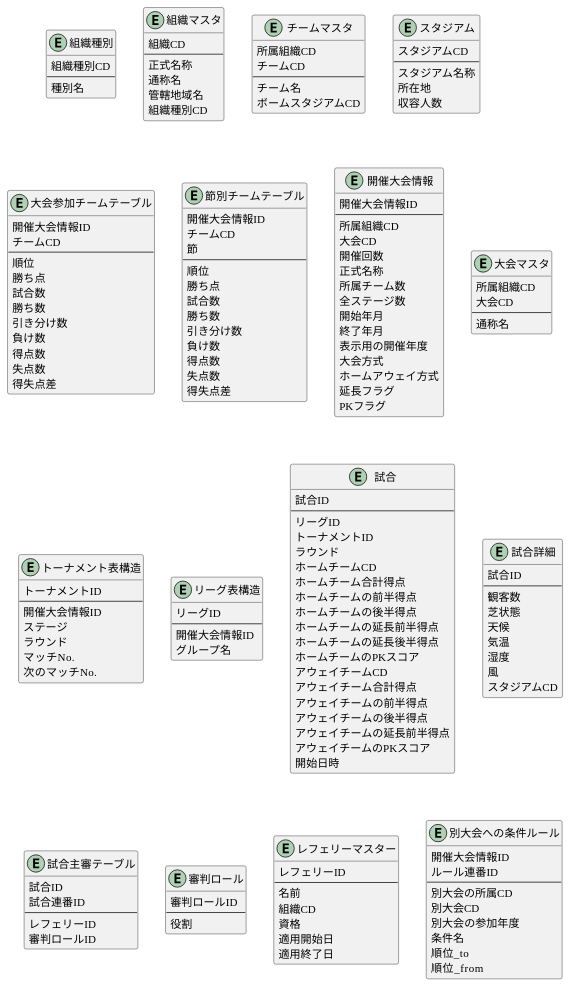
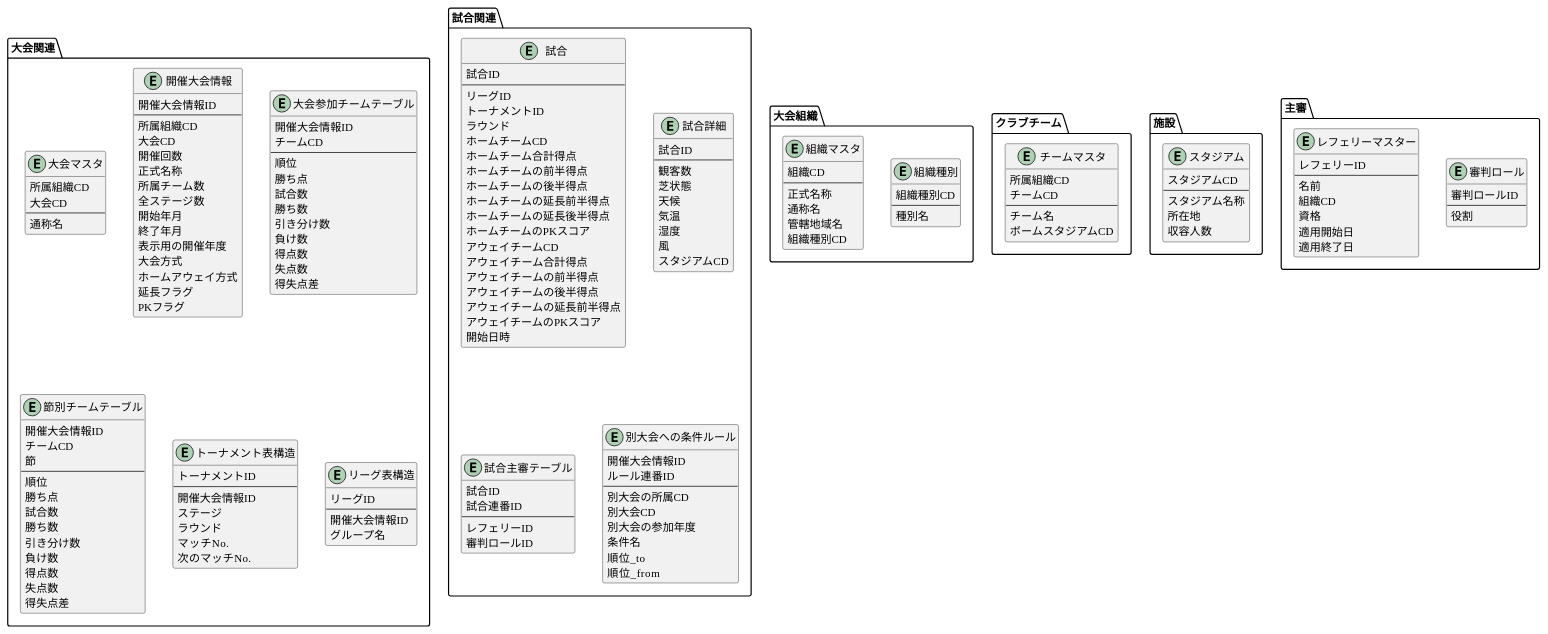
The diagram in soccker_db.puml (LCC-SYamada/SocckerDB_PlantUML), drawn with PlantUML before and after one commit.

Commit message:
Package化して見えやすくする

```diff
--- a/soccker_db.puml
+++ b/soccker_db.puml
@@ -1,178 +1,188 @@
 @startuml
 
-Entity "組織種別" as OrganizationType {
-  組織種別CD
-  --
-  種別名
+package "大会組織" {
+  Entity "組織種別" as OrganizationType {
+    組織種別CD
+    --
+    種別名
+  }
+
+  Entity "組織マスタ" as Organization {
+    組織CD
+    --
+    正式名称
+    通称名
+    管轄地域名
+    組織種別CD
+  }
 }
 
-Entity "組織マスタ" as Organization {
-  組織CD
-  --
-  正式名称
-  通称名
-  管轄地域名
-  組織種別CD
+Package "クラブチーム" {
+  Entity "チームマスタ" as Team {
+    所属組織CD
+    チームCD
+    --
+    チーム名
+    ボームスタジアムCD
+  }
 }
 
-Entity "チームマスタ" as Team {
-  所属組織CD
-  チームCD
-  --
-  チーム名
-  ボームスタジアムCD
+Package "施設" {
+  Entity "スタジアム" as Stadium {
+    スタジアムCD
+    --
+    スタジアム名称
+    所在地
+    収容人数
+  }
 }
 
-Entity "スタジアム" as Stadium {
-  スタジアムCD
-  --
-  スタジアム名称
-  所在地
-  収容人数
+Package "大会関連" {
+  Entity "大会マスタ" as Tournament {
+    所属組織CD
+    大会CD
+    --
+    通称名
+  }
+
+  Entity "開催大会情報" as TournamentInfo {
+    開催大会情報ID
+    --
+    所属組織CD
+    大会CD
+    開催回数
+    正式名称
+    所属チーム数
+    全ステージ数
+    開始年月
+    終了年月
+    表示用の開催年度
+    大会方式
+    ホームアウェイ方式
+    延長フラグ
+    PKフラグ
+  }
+
+  Entity "大会参加チームテーブル" as SeaSonTournament {
+    開催大会情報ID
+    チームCD
+    --
+    順位
+    勝ち点
+    試合数
+    勝ち数
+    引き分け数
+    負け数
+    得点数
+    失点数
+    得失点差  
+  }
+
+  Entity "節別チームテーブル" as MatchDayRank {
+    開催大会情報ID
+    チームCD
+    節
+    --
+    順位
+    勝ち点
+    試合数
+    勝ち数
+    引き分け数
+    負け数
+    得点数
+    失点数
+    得失点差  
+  }
+
+  Entity "トーナメント表構造" as TournamentTable {
+    トーナメントID
+    --
+    開催大会情報ID
+    ステージ
+    ラウンド
+    マッチNo.
+    次のマッチNo.
+  }
+
+  Entity "リーグ表構造" as LeagueTable {
+    リーグID
+    --
+    開催大会情報ID
+    グループ名
+  }
 }
 
-Entity "大会参加チームテーブル" as SeaSonTournament {
-  開催大会情報ID
-  チームCD
-  --
-  順位
-  勝ち点
-  試合数
-  勝ち数
-  引き分け数
-  負け数
-  得点数
-  失点数
-  得失点差  
+Package "試合関連" {
+  Entity "試合" as Match {
+    試合ID
+    --
+    リーグID
+    トーナメントID
+    ラウンド
+    ホームチームCD
+    ホームチーム合計得点
+    ホームチームの前半得点
+    ホームチームの後半得点
+    ホームチームの延長前半得点
+    ホームチームの延長後半得点
+    ホームチームのPKスコア
+    アウェイチームCD
+    アウェイチーム合計得点
+    アウェイチームの前半得点
+    アウェイチームの後半得点
+    アウェイチームの延長前半得点
+    アウェイチームのPKスコア
+    開始日時
+  }
+  Entity "試合詳細" as MatchInfo {
+    試合ID
+    --
+    観客数
+    芝状態
+    天候
+    気温
+    湿度
+    風
+    スタジアムCD
+  }
+
+  Entity "試合主審テーブル" as MatchReferee {
+    試合ID
+    試合連番ID
+    --
+    レフェリーID
+    審判ロールID
+  }
+
+  Entity "別大会への条件ルール" as TournamentDetail {
+    開催大会情報ID
+    ルール連番ID
+    --
+    別大会の所属CD
+    別大会CD
+    別大会の参加年度
+    条件名
+    順位_to
+    順位_from
+  }
 }
 
-Entity "節別チームテーブル" as MatchDayRank {
-  開催大会情報ID
-  チームCD
-  節
-  --
-  順位
-  勝ち点
-  試合数
-  勝ち数
-  引き分け数
-  負け数
-  得点数
-  失点数
-  得失点差  
-}
+Package "主審" {
+  Entity "審判ロール" as RefereeRole {
+    審判ロールID
+    --
+    役割
+  }
 
-Entity "開催大会情報" as TournamentInfo {
-  開催大会情報ID
-  --
-  所属組織CD
-  大会CD
-  開催回数
-  正式名称
-  所属チーム数
-  全ステージ数
-  開始年月
-  終了年月
-  表示用の開催年度
-  大会方式
-  ホームアウェイ方式
-  延長フラグ
-  PKフラグ
-}
-
-Entity "大会マスタ" as Tournament {
-  所属組織CD
-  大会CD
-  --
-  通称名
-}
-
-Entity "トーナメント表構造" as TournamentTable {
-  トーナメントID
-  --
-  開催大会情報ID
-  ステージ
-  ラウンド
-  マッチNo.
-  次のマッチNo.
-}
-
-Entity "リーグ表構造" as LeagueTable {
-  リーグID
-  --
-  開催大会情報ID
-  グループ名
-}
-
-Entity "試合" as Match {
-  試合ID
-  --
-  リーグID
-  トーナメントID
-  ラウンド
-  ホームチームCD
-  ホームチーム合計得点
-  ホームチームの前半得点
-  ホームチームの後半得点
-  ホームチームの延長前半得点
-  ホームチームの延長後半得点
-  ホームチームのPKスコア
-  アウェイチームCD
-  アウェイチーム合計得点
-  アウェイチームの前半得点
-  アウェイチームの後半得点
-  アウェイチームの延長前半得点
-  アウェイチームのPKスコア
-  開始日時
-}
-
-Entity "試合詳細" as MatchInfo {
-  試合ID
-  --
-  観客数
-  芝状態
-  天候
-  気温
-  湿度
-  風
-  スタジアムCD
-}
-
-Entity "試合主審テーブル" as MatchReferee {
-  試合ID
-  試合連番ID
-  --
-  レフェリーID
-  審判ロールID
-}
-
-Entity "審判ロール" as RefereeRole {
-  審判ロールID
-  --
-  役割
-}
-
-Entity "レフェリーマスター" as Referee {
-  レフェリーID
-  --
-  名前
-  組織CD
-  資格
-  適用開始日
-  適用終了日
-}
-
-
-Entity "別大会への条件ルール" as TournamentDetail {
-  開催大会情報ID
-  ルール連番ID
-  --
-  別大会の所属CD
-  別大会CD
-  別大会の参加年度
-  条件名
-  順位_to
-  順位_from
+  Entity "レフェリーマスター" as Referee {
+    レフェリーID
+    --
+    名前
+    組織CD
+    資格
+    適用開始日
+    適用終了日
+  }
 }
 
 @enduml
```
